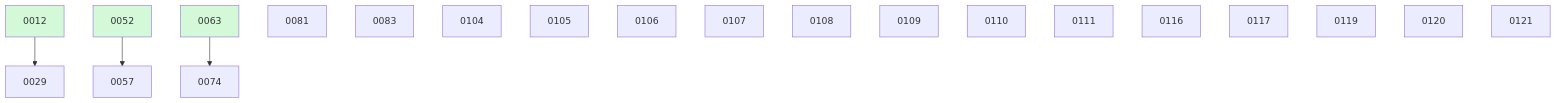
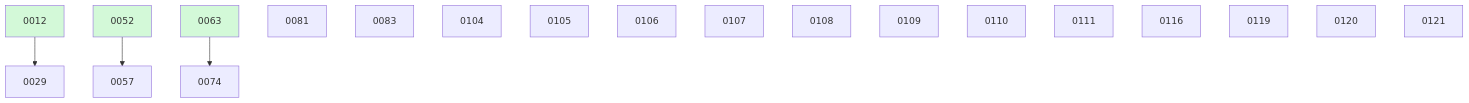
The diagram in docs/changes/BOARD.md (ethanhinson/fuse), drawn with Mermaid before and after one commit. The commit also changed other lines of this file and 4 other files, not shown here.

````diff
--- a/docs/changes/BOARD.md
+++ b/docs/changes/BOARD.md
@@ -43,25 +37,24 @@
 ```mermaid
 graph TD
   0012 --> 0029
   0052 --> 0057
   0063 --> 0074
   0081
   0083
   0104
   0105
   0106
   0107
   0108
   0109
   0110
   0111
   0116
-  0117
   0119
   0120
   0121
   0012:::done
   0052:::done
   0063:::done
   classDef done fill:#d3f9d8;
 ```
````
